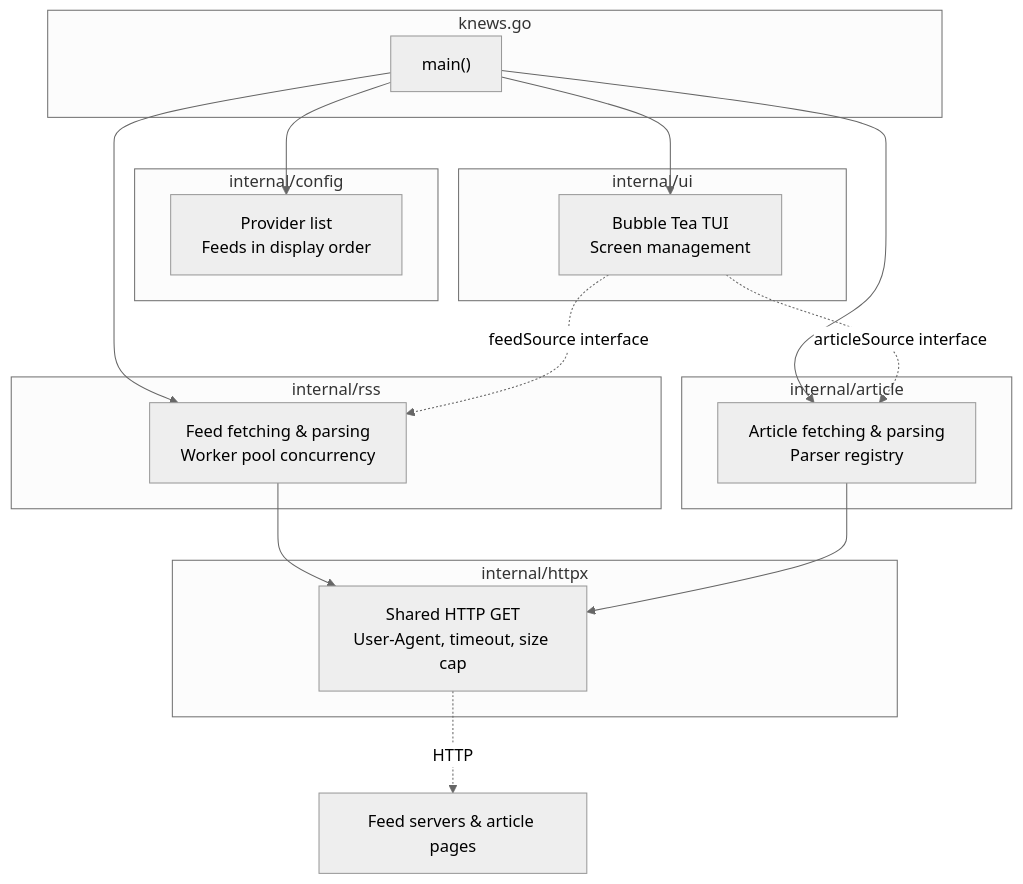
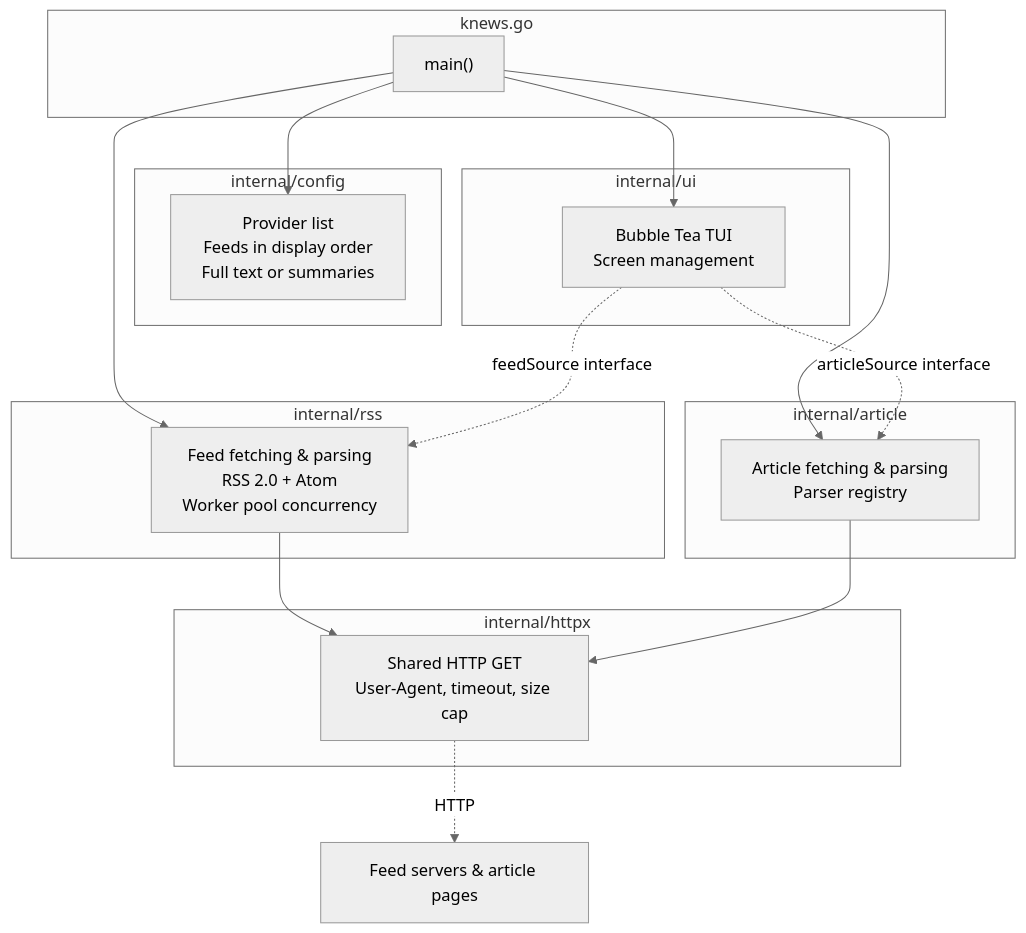
The first of 8 diagrams in ARCHITECTURE.md (kralkapoor/knews), drawn with Mermaid (neutral theme) before and after one commit. The commit also changed other lines of this file and 15 other files, not shown here.

````diff
--- a/ARCHITECTURE.md
+++ b/ARCHITECTURE.md
@@ -22,36 +22,36 @@
 ```mermaid
 graph TB
     subgraph knews.go
         main["main()"]
     end
 
     subgraph "internal/config"
-        config["Provider list<br/>Feeds in display order"]
+        config["Provider list<br/>Feeds in display order<br/>Full text or summaries"]
     end
 
     subgraph "internal/httpx"
         httpx["Shared HTTP GET<br/>User-Agent, timeout, size cap"]
     end
 
     subgraph "internal/rss"
-        rss["Feed fetching & parsing<br/>Worker pool concurrency"]
+        rss["Feed fetching & parsing<br/>RSS 2.0 + Atom<br/>Worker pool concurrency"]
     end
 
     subgraph "internal/article"
         article["Article fetching & parsing<br/>Parser registry"]
     end
 
     subgraph "internal/ui"
         ui["Bubble Tea TUI<br/>Screen management"]
     end
 
     main --> config
     main --> rss
     main --> article
     main --> ui
     rss --> httpx
     article --> httpx
     ui -.->|"feedSource interface"| rss
     ui -.->|"articleSource interface"| article
     httpx -.->|"HTTP"| Internet["Feed servers & article pages"]
 ```
````
